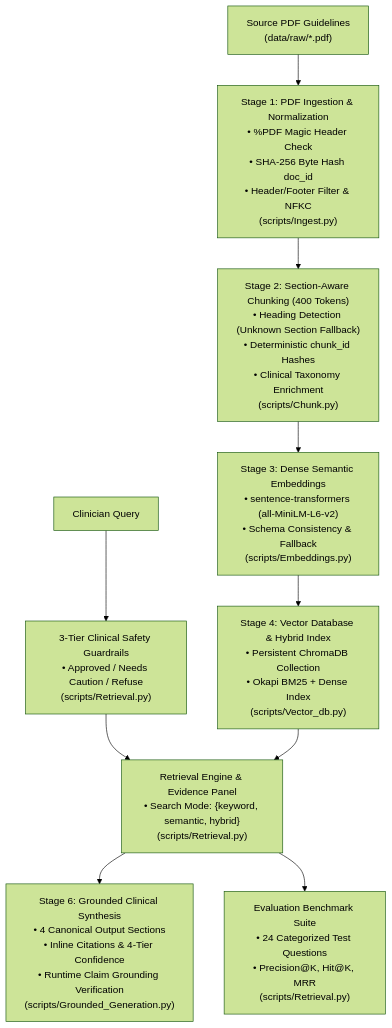
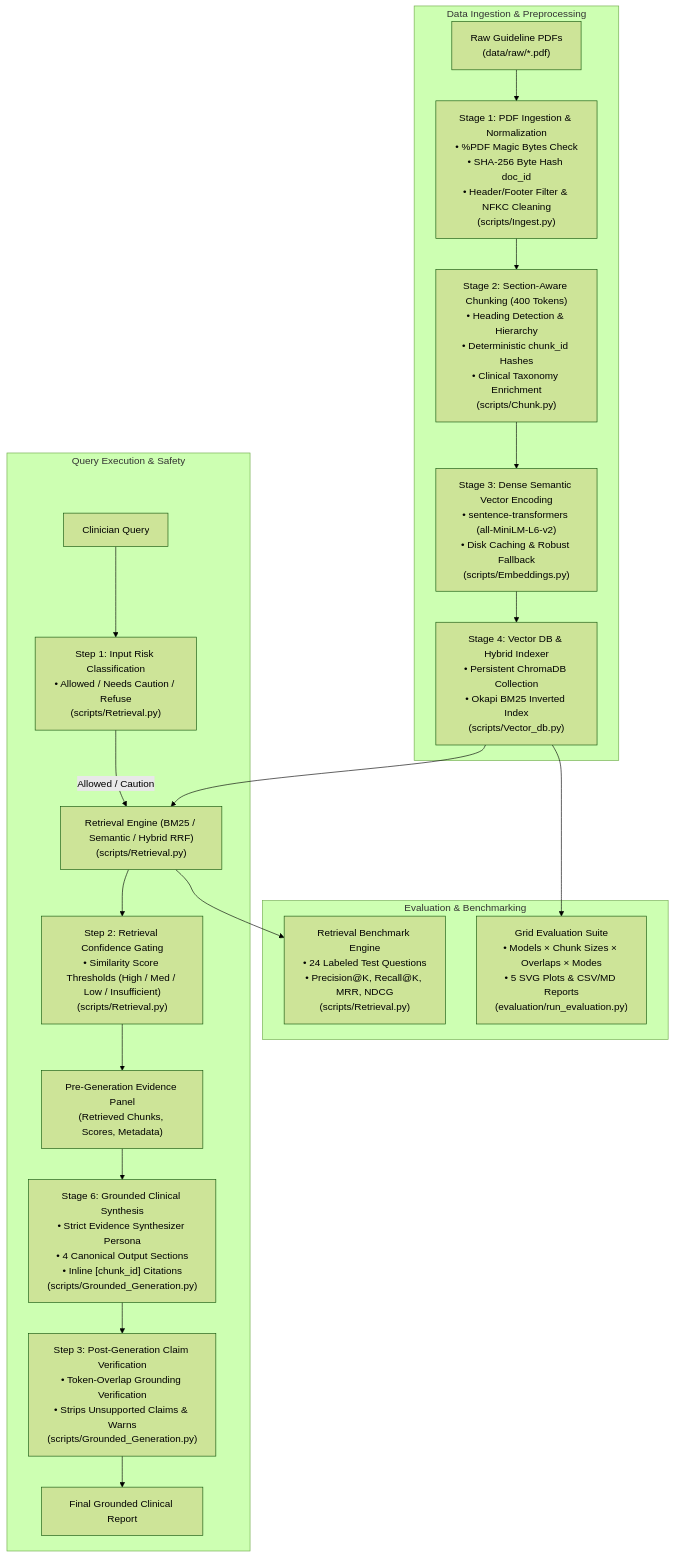
The first of 2 diagrams in README.md (Nada-Assem5/Osteoporosis_RAG), drawn with Mermaid (forest theme) before and after one commit. The commit also changed other lines of this file, not shown here.

Commit message:
docs: improve README documentation with badges, table of contents, and refined architectural diagrams

````diff
--- a/README.md
+++ b/README.md
@@ -22,12 +48,25 @@
 ```mermaid
 graph TD
-    A["Source PDF Guidelines<br>(data/raw/*.pdf)"] --> B["Stage 1: PDF Ingestion & Normalization<br>• %PDF Magic Header Check<br>• SHA-256 Byte Hash doc_id<br>• Header/Footer Filter & NFKC<br>(scripts/Ingest.py)"]
-    B --> C["Stage 2: Section-Aware Chunking (400 Tokens)<br>• Heading Detection (Unknown Section Fallback)<br>• Deterministic chunk_id Hashes<br>• Clinical Taxonomy Enrichment<br>(scripts/Chunk.py)"]
-    C --> D["Stage 3: Dense Semantic Embeddings<br>• sentence-transformers (all-MiniLM-L6-v2)<br>• Schema Consistency & Fallback<br>(scripts/Embeddings.py)"]
-    D --> E["Stage 4: Vector Database & Hybrid Index<br>• Persistent ChromaDB Collection<br>• Okapi BM25 + Dense Index<br>(scripts/Vector_db.py)"]
-    F["Clinician Query"] --> G["3-Tier Clinical Safety Guardrails<br>• Approved / Needs Caution / Refuse<br>(scripts/Retrieval.py)"]
-    G --> H["Retrieval Engine & Evidence Panel<br>• Search Mode: {keyword, semantic, hybrid}<br>(scripts/Retrieval.py)"]
-    E --> H
-    H --> I["Stage 6: Grounded Clinical Synthesis<br>• 4 Canonical Output Sections<br>• Inline Citations & 4-Tier Confidence<br>• Runtime Claim Grounding Verification<br>(scripts/Grounded_Generation.py)"]
-    H --> J["Evaluation Benchmark Suite<br>• 24 Categorized Test Questions<br>• Precision@K, Hit@K, MRR<br>(scripts/Retrieval.py)"]
+    subgraph Data Ingestion & Preprocessing
+        A["Raw Guideline PDFs<br>(data/raw/*.pdf)"] --> B["Stage 1: PDF Ingestion & Normalization<br>• %PDF Magic Bytes Check<br>• SHA-256 Byte Hash doc_id<br>• Header/Footer Filter & NFKC Cleaning<br>(scripts/Ingest.py)"]
+        B --> C["Stage 2: Section-Aware Chunking (400 Tokens)<br>• Heading Detection & Hierarchy<br>• Deterministic chunk_id Hashes<br>• Clinical Taxonomy Enrichment<br>(scripts/Chunk.py)"]
+        C --> D["Stage 3: Dense Semantic Vector Encoding<br>• sentence-transformers (all-MiniLM-L6-v2)<br>• Disk Caching & Robust Fallback<br>(scripts/Embeddings.py)"]
+        D --> E["Stage 4: Vector DB & Hybrid Indexer<br>• Persistent ChromaDB Collection<br>• Okapi BM25 Inverted Index<br>(scripts/Vector_db.py)"]
+    end
+
+    subgraph Query Execution & Safety
+        Q["Clinician Query"] --> G1["Step 1: Input Risk Classification<br>• Allowed / Needs Caution / Refuse<br>(scripts/Retrieval.py)"]
+        G1 -->|Allowed / Caution| R["Retrieval Engine (BM25 / Semantic / Hybrid RRF)<br>(scripts/Retrieval.py)"]
+        E --> R
+        R --> G2["Step 2: Retrieval Confidence Gating<br>• Similarity Score Thresholds (High / Med / Low / Insufficient)<br>(scripts/Retrieval.py)"]
+        G2 --> EP["Pre-Generation Evidence Panel<br>(Retrieved Chunks, Scores, Metadata)"]
+        EP --> S["Stage 6: Grounded Clinical Synthesis<br>• Strict Evidence Synthesizer Persona<br>• 4 Canonical Output Sections<br>• Inline [chunk_id] Citations<br>(scripts/Grounded_Generation.py)"]
+        S --> G3["Step 3: Post-Generation Claim Verification<br>• Token-Overlap Grounding Verification<br>• Strips Unsupported Claims & Warns<br>(scripts/Grounded_Generation.py)"]
+        G3 --> OUT["Final Grounded Clinical Report"]
+    end
+
+    subgraph Evaluation & Benchmarking
+        R --> BENCH["Retrieval Benchmark Engine<br>• 24 Labeled Test Questions<br>• Precision@K, Recall@K, MRR, NDCG<br>(scripts/Retrieval.py)"]
+        E --> EXP["Grid Evaluation Suite<br>• Models × Chunk Sizes × Overlaps × Modes<br>• 5 SVG Plots & CSV/MD Reports<br>(evaluation/run_evaluation.py)"]
+    end
 ```
````
